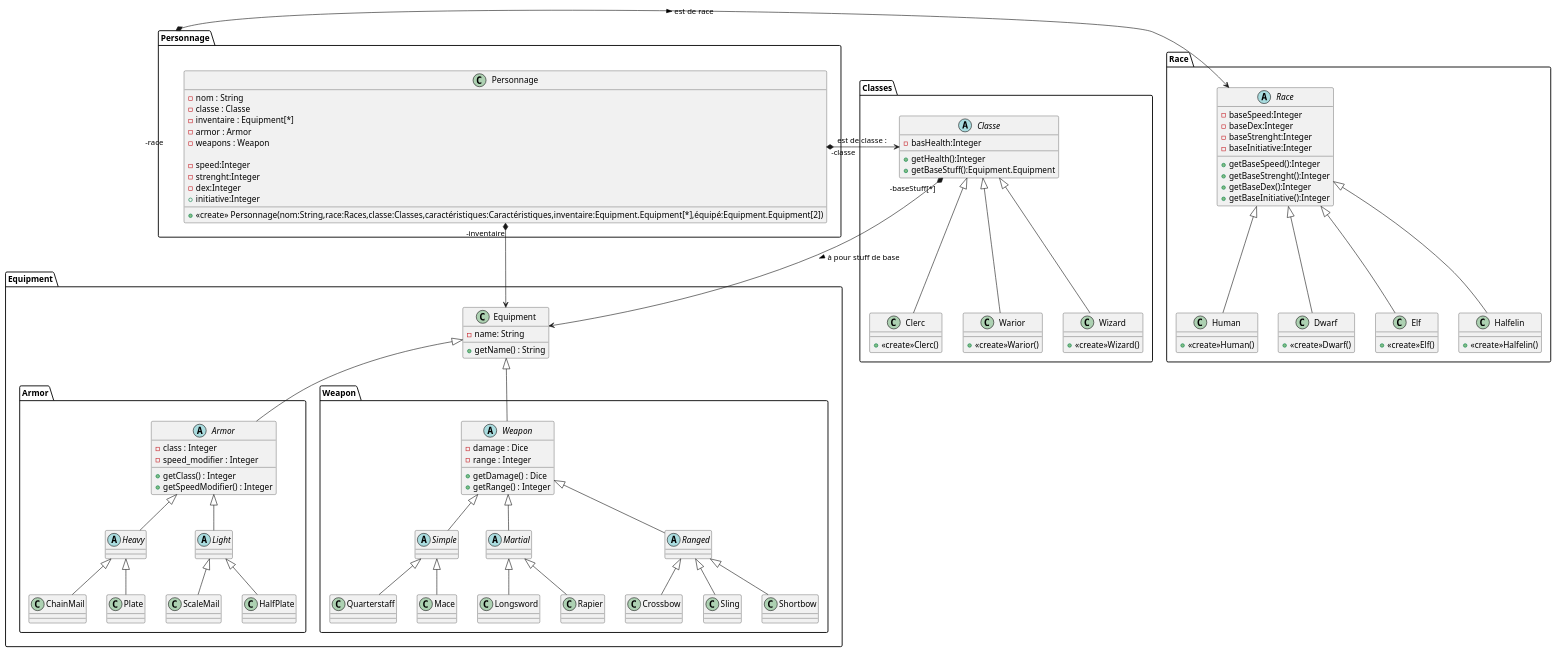
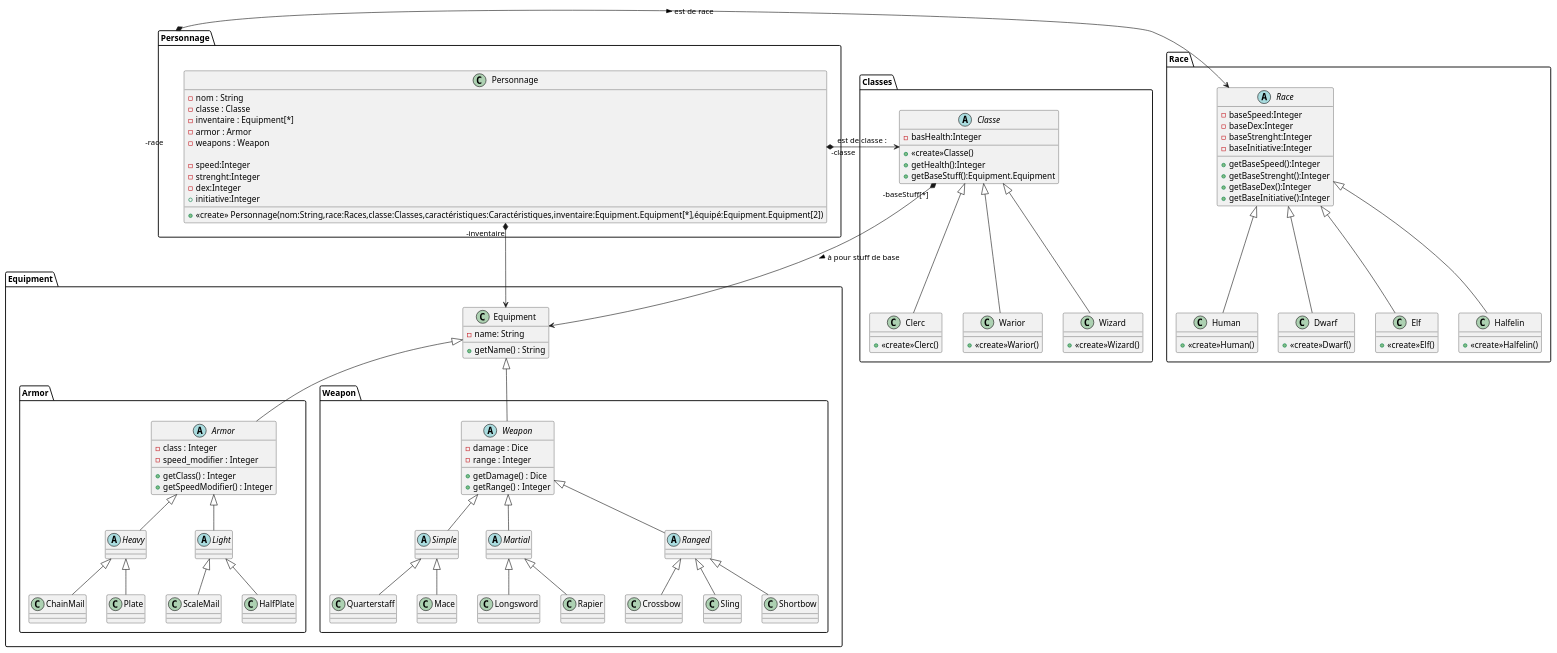
The diagram in uml/semaine1.puml (MiaouZart/DOOnjons-et-Dragons), drawn with PlantUML before and after one commit.

Commit message:
UML : Personnage end ?

```diff
--- a/uml/semaine1.puml
+++ b/uml/semaine1.puml
@@ -1,166 +1,167 @@
 @startuml
 
 package Personnage{
 
     Class Personnage{
         -nom : String
         -classe : Classe
         -inventaire : Equipment[*]
         -armor : Armor
         -weapons : Weapon
 
         -speed:Integer
         -strenght:Integer
         -dex:Integer
         +initiative:Integer
 
         +<<create>> Personnage(nom:String,race:Races,classe:Classes,caractéristiques:Caractéristiques,inventaire:Equipment.Equipment[*],équipé:Equipment.Equipment[2])
     }
 
 }
 Personnage.Personnage "-classe"*-> Classes.Classe : "est de classe : "
 package Classes{
     abstract Class Classe{
         -basHealth:Integer
+        +<<create>>Classe()
         +getHealth():Integer
         +getBaseStuff():Equipment.Equipment
     }
 
     Class Clerc extends Classe{
         +<<create>>Clerc()
     }
     Class Warior extends Classe{
         +<<create>>Warior()
     }
     Class Wizard extends Classe{
        +<<create>>Wizard()
     }
 }
 
 Classe "-baseStuff[*]" *--> Equipment.Equipment:"à pour stuff de base >"
 
 package Equipment {
     Class Equipment{
         -name: String
         +getName() : String
     }
 
     package Armor {
         Abstract Armor Extends Equipment.Equipment{
             -class : Integer
             -speed_modifier : Integer
             + getClass() : Integer
             + getSpeedModifier() : Integer
         }
 
         Abstract Heavy Extends Armor {
 
         }
 
         Abstract Light Extends Armor {
 
         }
 
         Class ScaleMail Extends Light {
 
         }
 
         Class HalfPlate Extends Light {
 
         }
 
         Class ChainMail Extends Heavy {
 
         }
 
         Class Plate Extends Heavy {
 
         }
     }
 
     package Weapon {
         Abstract Weapon Extends Equipment.Equipment {
             -damage : Dice
             -range : Integer
 
             +getDamage() : Dice
             +getRange() : Integer
         }
 
         Abstract Simple extends Weapon {
 
         }
 
         Abstract Martial extends Weapon {
 
         }
 
         Abstract Ranged extends Weapon {
 
         }
 
         class Quarterstaff extends Simple {
 
         }
 
         class Mace extends Simple {
 
         }
 
         class Longsword extends Martial {
 
         }
 
         class Rapier extends Martial {
 
         }
 
         class Crossbow extends Ranged {
 
         }
 
         class Sling extends Ranged {
 
         }
 
         class Shortbow extends Ranged {
 
         }
     }
 }
 
 Personnage.Personnage "-inventaire"*->Equipment.Equipment: ""
 
 package Race{
     abstract class Race{
         -baseSpeed:Integer
         -baseDex:Integer
         -baseStrenght:Integer
         -baseInitiative:Integer
 
         +getBaseSpeed():Integer
         +getBaseStrenght():Integer
         +getBaseDex():Integer
         +getBaseInitiative():Integer
 
     }
 
     Class Human extends Race{
         +<<create>>Human()
     }
     Class Dwarf extends Race{
         +<<create>>Dwarf()
     }
     Class Elf extends Race{
         +<<create>>Elf()
     }
     Class Halfelin extends Race{
         +<<create>>Halfelin()
     }
 
 
 }
 Personnage "-race"*->Race.Race : "est de race >"
 
 
 @enduml
```
